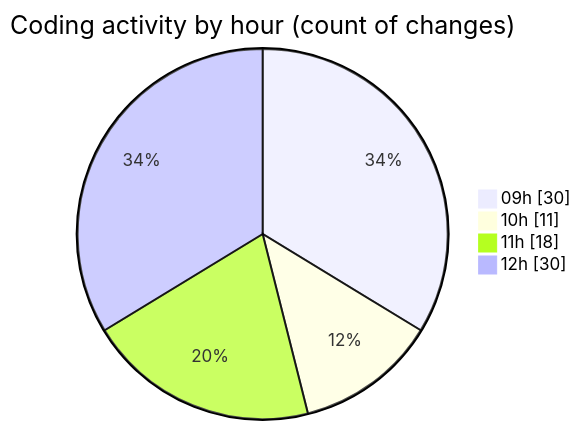
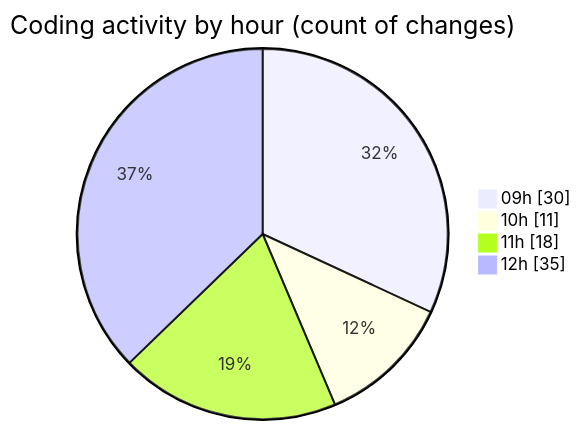
Before and after one commit to momahboobian/code-tracking: the second of 2 diagrams in 2025-03-05/cda/README.md, drawn with Mermaid. The commit also changed other lines of this file and 1 other file, not shown here.

````diff
--- a/2025-03-05/cda/README.md
+++ b/2025-03-05/cda/README.md
@@ -58,8 +59,8 @@
 ```mermaid
 pie showData
 title Coding activity by hour (count of changes)
 "09h" : 30
 "10h" : 11
 "11h" : 18
-"12h" : 30
+"12h" : 35
 ```
````
